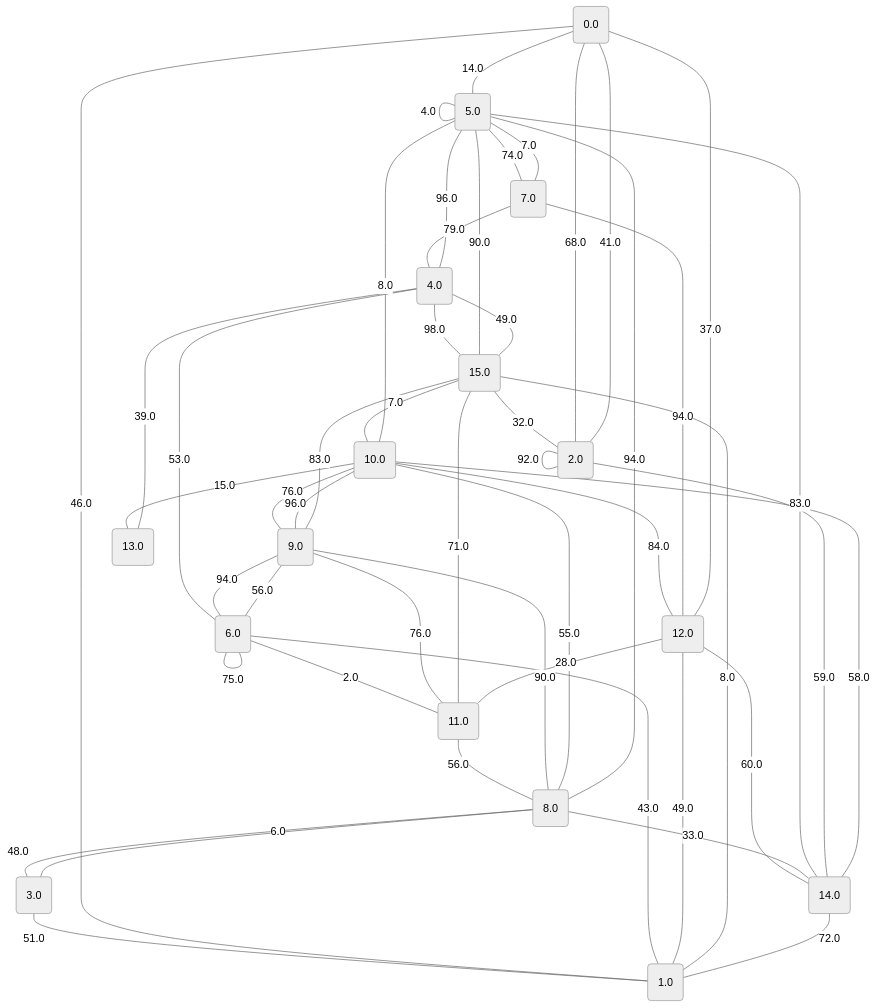
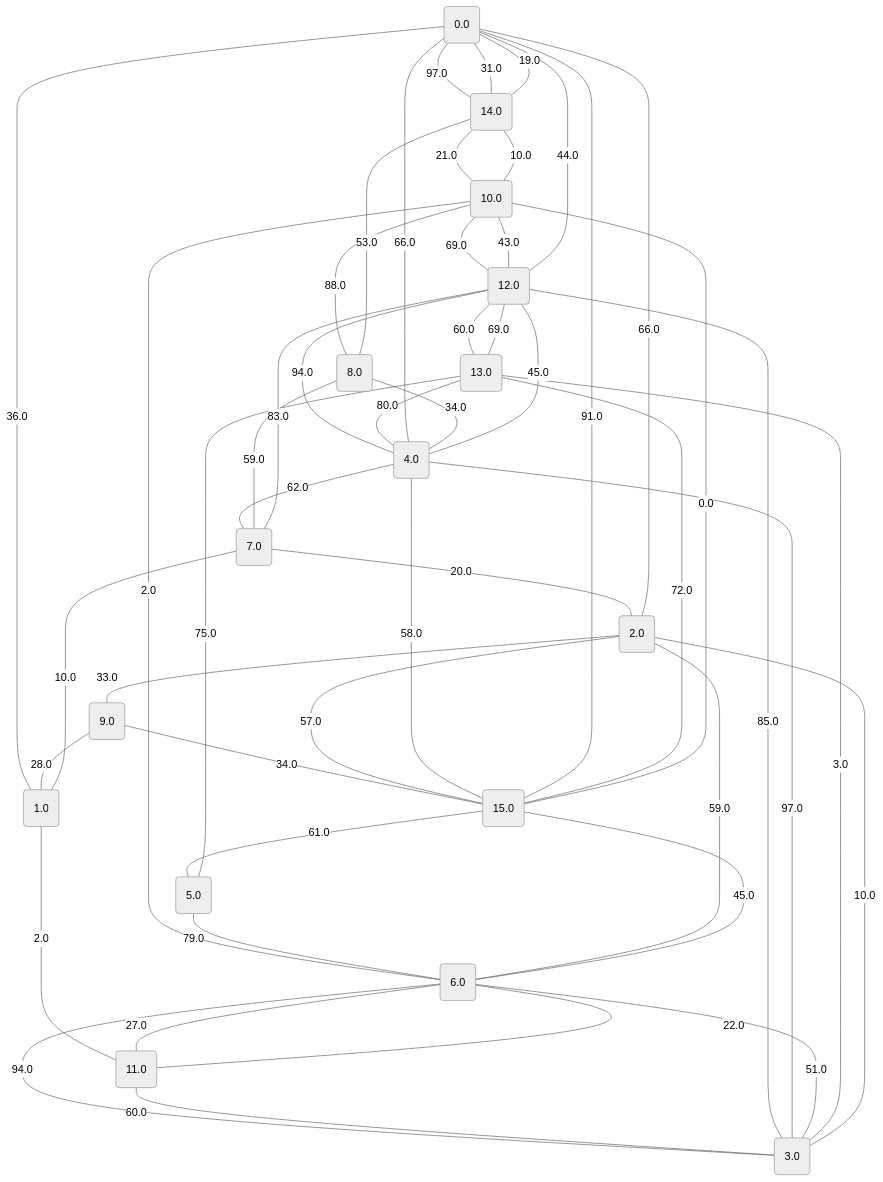
The diagram in project/src/testing/graphs/11.md (metury/graphs), drawn with Mermaid (neutral theme) before and after one commit. The commit also changed 34 other files, not shown here.

````diff
--- a/project/src/testing/graphs/11.md
+++ b/project/src/testing/graphs/11.md
@@ -1,67 +1,67 @@
 ```mermaid
 graph TD;
 	0("0.0");
 	1("1.0");
 	2("2.0");
 	3("3.0");
 	4("4.0");
 	5("5.0");
 	6("6.0");
 	7("7.0");
 	8("8.0");
 	9("9.0");
 	10("10.0");
 	11("11.0");
 	12("12.0");
 	13("13.0");
 	14("14.0");
 	15("15.0");
-	10 -- "8.0" --- 5;
-	10 -- "76.0" --- 9;
-	7 -- "7.0" --- 5;
-	11 -- "56.0" --- 8;
-	6 -- "2.0" --- 11;
-	10 -- "15.0" --- 13;
-	12 -- "60.0" --- 14;
-	9 -- "90.0" --- 8;
-	2 -- "68.0" --- 0;
-	5 -- "4.0" --- 5;
-	3 -- "51.0" --- 1;
-	0 -- "46.0" --- 1;
-	12 -- "37.0" --- 0;
-	4 -- "96.0" --- 5;
-	15 -- "32.0" --- 2;
-	9 -- "96.0" --- 10;
-	2 -- "92.0" --- 2;
-	4 -- "53.0" --- 6;
-	8 -- "33.0" --- 14;
-	6 -- "43.0" --- 1;
-	2 -- "41.0" --- 0;
-	12 -- "49.0" --- 1;
-	10 -- "84.0" --- 12;
-	15 -- "8.0" --- 1;
-	8 -- "48.0" --- 3;
-	6 -- "75.0" --- 6;
-	8 -- "6.0" --- 3;
-	5 -- "74.0" --- 7;
-	9 -- "76.0" --- 11;
-	14 -- "72.0" --- 1;
-	15 -- "90.0" --- 5;
-	9 -- "94.0" --- 6;
-	9 -- "56.0" --- 6;
-	7 -- "79.0" --- 4;
-	10 -- "55.0" --- 8;
-	5 -- "83.0" --- 14;
-	0 -- "14.0" --- 5;
-	2 -- "59.0" --- 14;
-	4 -- "39.0" --- 13;
-	9 -- "83.0" --- 15;
-	7 -- "94.0" --- 12;
-	15 -- "7.0" --- 10;
-	4 -- "98.0" --- 15;
-	15 -- "49.0" --- 4;
-	10 -- "58.0" --- 14;
-	5 -- "94.0" --- 8;
-	15 -- "71.0" --- 11;
-	12 -- "28.0" --- 11;
+	4 -- "62.0" --- 7;
+	14 -- "31.0" --- 0;
+	15 -- "91.0" --- 0;
+	10 -- "69.0" --- 12;
+	14 -- "19.0" --- 0;
+	15 -- "72.0" --- 13;
+	6 -- "59.0" --- 2;
+	15 -- "61.0" --- 5;
+	10 -- "88.0" --- 8;
+	0 -- "97.0" --- 14;
+	1 -- "2.0" --- 11;
+	8 -- "53.0" --- 14;
+	7 -- "20.0" --- 2;
+	0 -- "36.0" --- 1;
+	15 -- "0.0" --- 10;
+	3 -- "85.0" --- 12;
+	8 -- "59.0" --- 7;
+	12 -- "60.0" --- 13;
+	6 -- "94.0" --- 3;
+	9 -- "34.0" --- 15;
+	10 -- "43.0" --- 12;
+	3 -- "97.0" --- 4;
+	2 -- "57.0" --- 15;
+	11 -- "60.0" --- 3;
+	10 -- "2.0" --- 6;
+	5 -- "79.0" --- 6;
+	3 -- "51.0" --- 6;
+	4 -- "58.0" --- 15;
+	3 -- "3.0" --- 13;
+	2 -- "33.0" --- 9;
+	9 -- "28.0" --- 1;
+	14 -- "21.0" --- 10;
+	4 -- "45.0" --- 12;
+	12 -- "44.0" --- 0;
+	7 -- "10.0" --- 1;
+	12 -- "94.0" --- 4;
+	13 -- "80.0" --- 4;
+	0 -- "66.0" --- 4;
+	6 -- "27.0" --- 11;
+	14 -- "10.0" --- 10;
+	3 -- "10.0" --- 2;
+	0 -- "66.0" --- 2;
+	6 -- "45.0" --- 15;
+	13 -- "69.0" --- 12;
+	6 -- "22.0" --- 11;
+	8 -- "34.0" --- 4;
+	7 -- "83.0" --- 12;
+	5 -- "75.0" --- 13;
 ```
````
